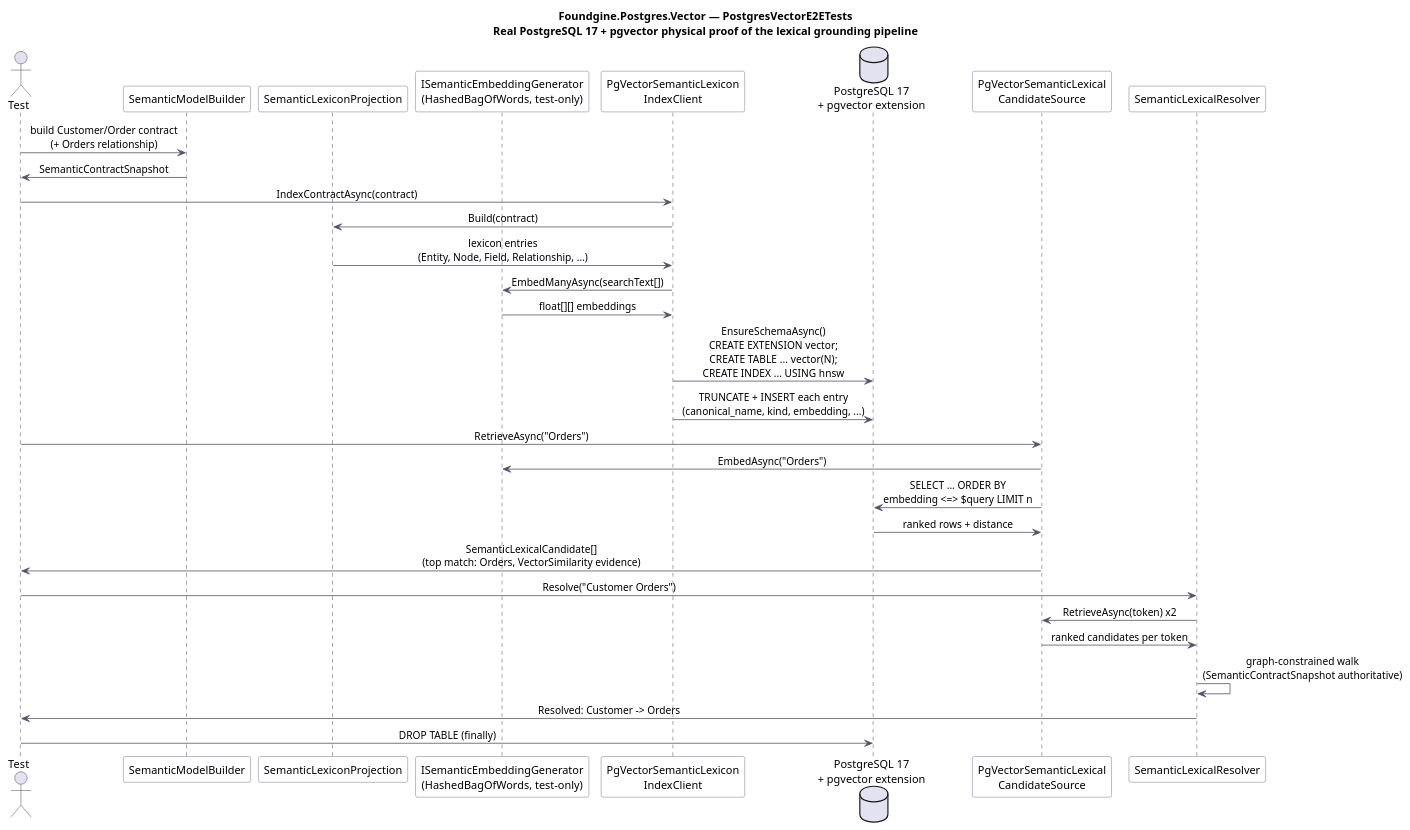
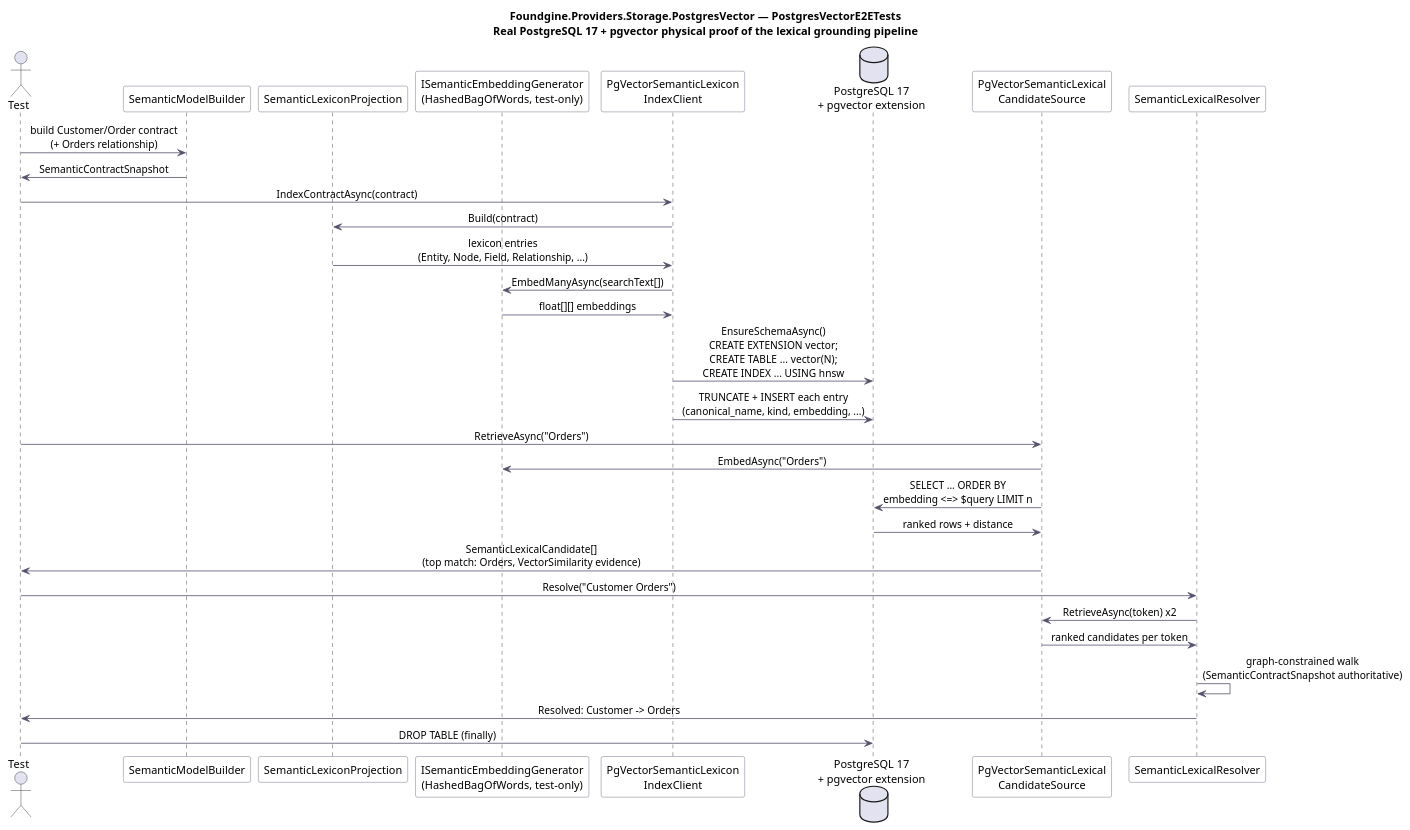
Before and after one commit to CristianBarragan/CoffeeBean: the diagram in docs/diagrams/pgvector-e2e-pipeline.puml, drawn with PlantUML. The commit also changed 1325 other files, not shown here.

```diff
--- a/docs/diagrams/pgvector-e2e-pipeline.puml
+++ b/docs/diagrams/pgvector-e2e-pipeline.puml
@@ -1,49 +1,49 @@
 @startuml pgvector-e2e-pipeline
 skinparam backgroundColor #FFFFFF
 skinparam defaultFontName Arial
 skinparam shadowing false
 skinparam ArrowColor #55506A
 skinparam sequenceMessageAlign center
 skinparam participant {
   BackgroundColor #FFFFFF
   BorderColor #55506A
   FontSize 14
 }
 skinparam sequenceGroupBackgroundColor #FFF5E8
 
-title Foundgine.Postgres.Vector — PostgresVectorE2ETests\nReal PostgreSQL 17 + pgvector physical proof of the lexical grounding pipeline
+title Foundgine.Providers.Storage.PostgresVector — PostgresVectorE2ETests\nReal PostgreSQL 17 + pgvector physical proof of the lexical grounding pipeline
 
 actor "Test" as T
 participant "SemanticModelBuilder" as B
 participant "SemanticLexiconProjection" as P
 participant "ISemanticEmbeddingGenerator\n(HashedBagOfWords, test-only)" as E
 participant "PgVectorSemanticLexicon\nIndexClient" as IX
 database "PostgreSQL 17\n+ pgvector extension" as DB
 participant "PgVectorSemanticLexical\nCandidateSource" as CS
 participant "SemanticLexicalResolver" as R
 
 T -> B : build Customer/Order contract\n(+ Orders relationship)
 B -> T : SemanticContractSnapshot
 
 T -> IX : IndexContractAsync(contract)
 IX -> P : Build(contract)
 P -> IX : lexicon entries\n(Entity, Node, Field, Relationship, ...)
 IX -> E : EmbedManyAsync(searchText[])
 E -> IX : float[][] embeddings
 IX -> DB : EnsureSchemaAsync()\nCREATE EXTENSION vector;\nCREATE TABLE ... vector(N);\nCREATE INDEX ... USING hnsw
 IX -> DB : TRUNCATE + INSERT each entry\n(canonical_name, kind, embedding, ...)
 
 T -> CS : RetrieveAsync("Orders")
 CS -> E : EmbedAsync("Orders")
 CS -> DB : SELECT ... ORDER BY\nembedding <=> $query LIMIT n
 DB -> CS : ranked rows + distance
 CS -> T : SemanticLexicalCandidate[]\n(top match: Orders, VectorSimilarity evidence)
 
 T -> R : Resolve("Customer Orders")
 R -> CS : RetrieveAsync(token) x2
 CS -> R : ranked candidates per token
 R -> R : graph-constrained walk\n(SemanticContractSnapshot authoritative)
 R -> T : Resolved: Customer -> Orders
 
 T -> DB : DROP TABLE (finally)
 @enduml
```
